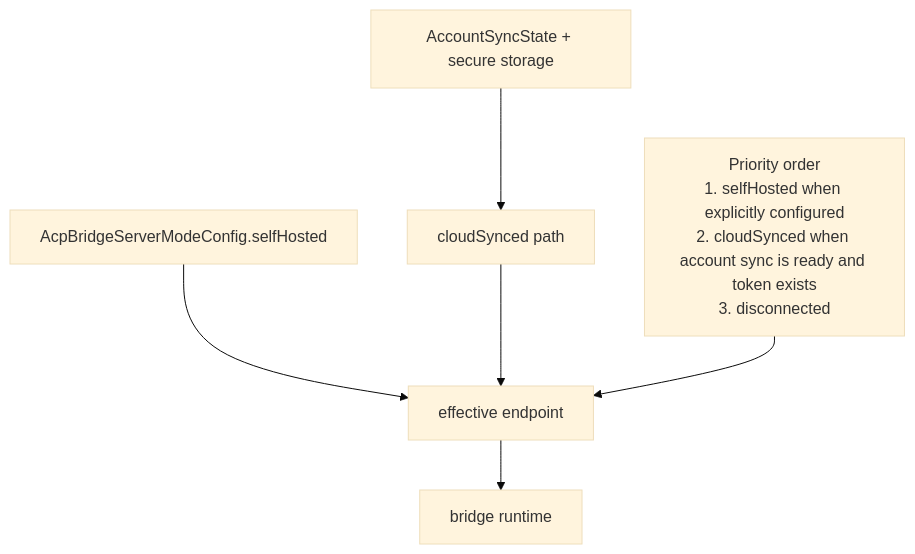
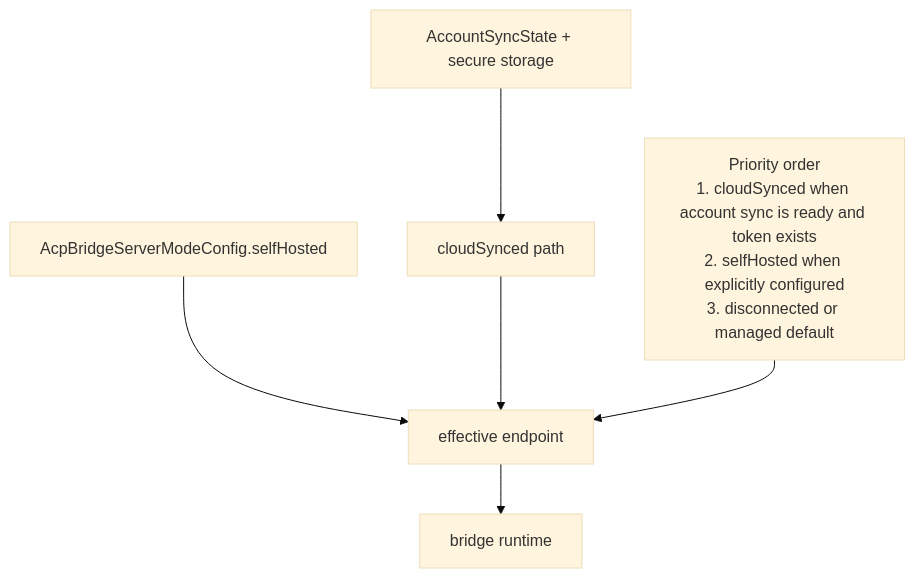
Before and after one commit to ai-workspace-lab/xworkmate-app: the fourth of 4 diagrams in docs/architecture/account-sync-settings-bridge-state-model.md, drawn with Mermaid (base theme). The commit also changed other lines of this file and 5 other files, not shown here.

Commit message:
fix: prioritize managed bridge sync state

````diff
--- a/docs/architecture/account-sync-settings-bridge-state-model.md
+++ b/docs/architecture/account-sync-settings-bridge-state-model.md
@@ -97,9 +97,9 @@
 ```mermaid
 flowchart TD
     A["AcpBridgeServerModeConfig.selfHosted"] --> C["effective endpoint"]
     B["AccountSyncState + secure storage"] --> D["cloudSynced path"]
     D --> C
     C --> E["bridge runtime"]
 
-    note1["Priority order\n1. selfHosted when explicitly configured\n2. cloudSynced when account sync is ready and token exists\n3. disconnected"] --> C
+    note1["Priority order\n1. cloudSynced when account sync is ready and token exists\n2. selfHosted when explicitly configured\n3. disconnected or managed default"] --> C
 ```
````
